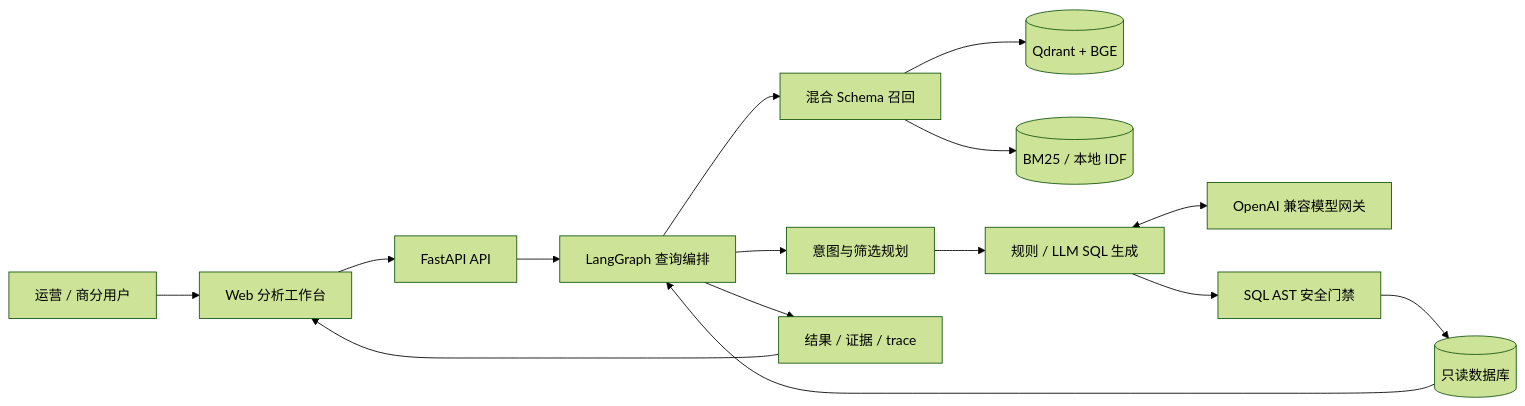
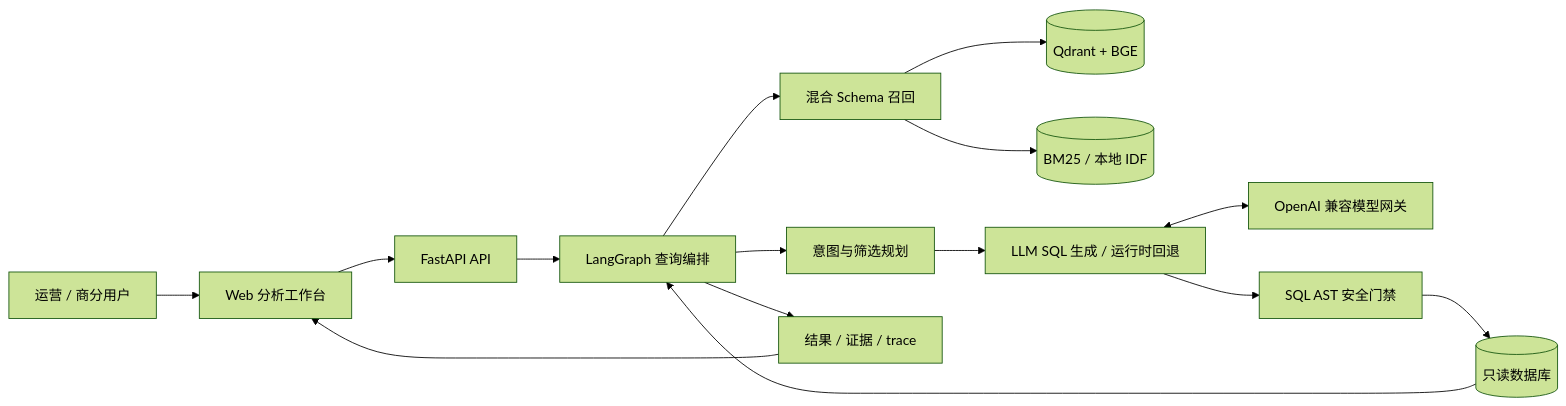
One commit to sun-sh/atlas-bi-nl2sql changed the first of 2 diagrams in README.md. Above: the diagram before and after it, drawn with Mermaid (forest theme). The commit also changed other lines of this file and 10 other files, not shown here.

````diff
--- a/README.md
+++ b/README.md
@@ -30,17 +30,17 @@
 ```mermaid
 flowchart LR
     U[运营 / 商分用户] --> W[Web 分析工作台]
     W --> A[FastAPI API]
     A --> G[LangGraph 查询编排]
     G --> R[混合 Schema 召回]
     R --> Q[(Qdrant + BGE)]
     R --> E[(BM25 / 本地 IDF)]
     G --> P[意图与筛选规划]
-    P --> S[规则 / LLM SQL 生成]
+    P --> S[LLM SQL 生成 / 运行时回退]
     S <--> M[OpenAI 兼容模型网关]
     S --> V[SQL AST 安全门禁]
     V --> D[(只读数据库)]
     D --> G
     G --> T[结果 / 证据 / trace]
     T --> W
 ```
````
